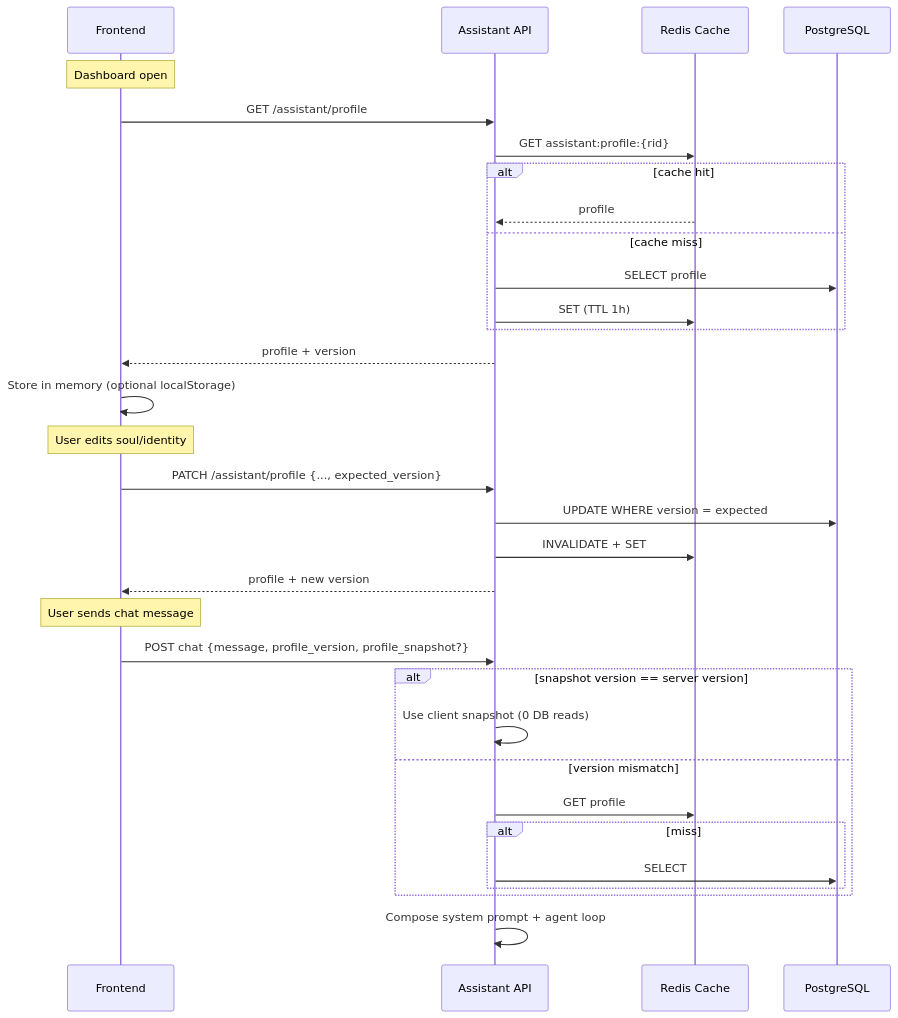
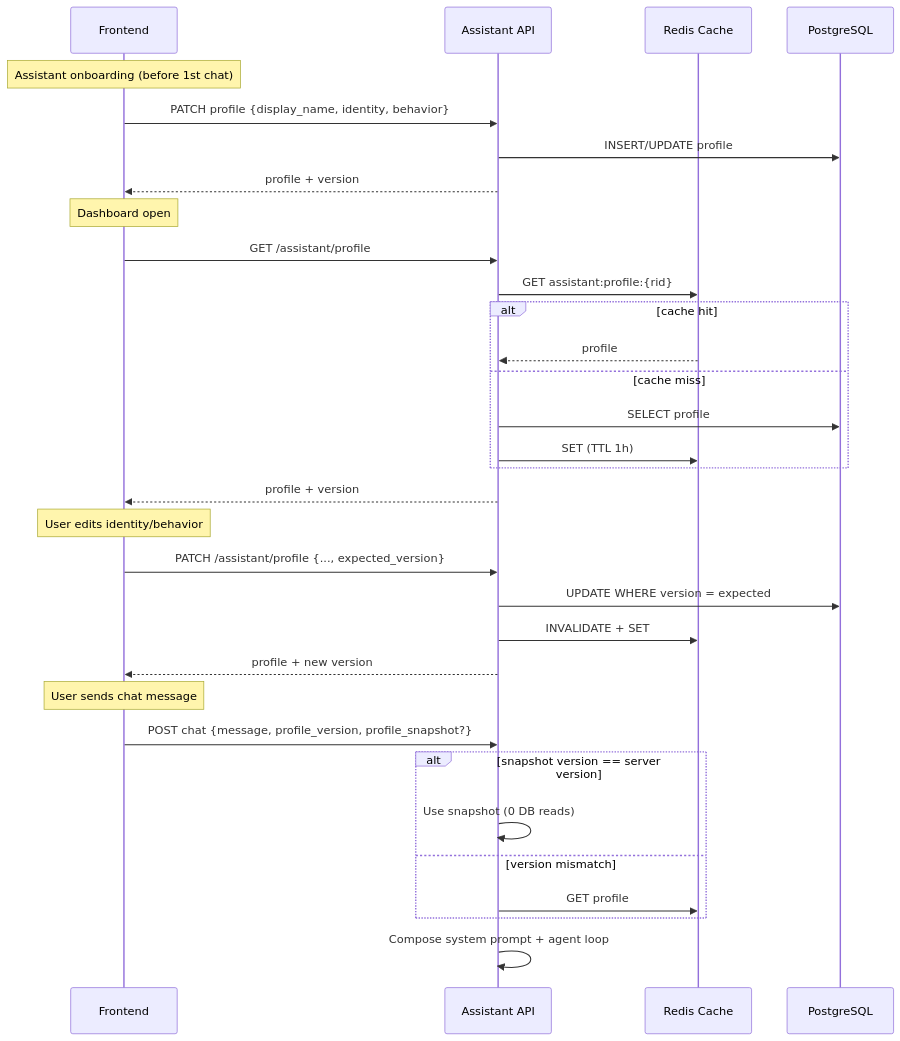
Before and after one commit to coderTtxi12/venddelo-ai: the second of 8 diagrams in docs/superpowers/specs/2026-06-27-agentic-assistant-design.en.md, drawn with Mermaid. The commit also changed other lines of this file, not shown here.

First line of the commit message:
docs: expand agentic assistant architecture design spec

````diff
--- a/docs/superpowers/specs/2026-06-27-agentic-assistant-design.en.md
+++ b/docs/superpowers/specs/2026-06-27-agentic-assistant-design.en.md
@@ -159,37 +179,38 @@
 ```mermaid
 sequenceDiagram
     participant FE as Frontend
     participant API as Assistant API
     participant Redis as Redis Cache
     participant DB as PostgreSQL
+
+    Note over FE: Assistant onboarding (before 1st chat)
+    FE->>API: PATCH profile {display_name, identity, behavior}
+    API->>DB: INSERT/UPDATE profile
+    API-->>FE: profile + version
 
     Note over FE: Dashboard open
     FE->>API: GET /assistant/profile
     API->>Redis: GET assistant:profile:{rid}
     alt cache hit
         Redis-->>API: profile
     else cache miss
         API->>DB: SELECT profile
         API->>Redis: SET (TTL 1h)
     end
     API-->>FE: profile + version
-    FE->>FE: Store in memory (optional localStorage)
 
-    Note over FE: User edits soul/identity
+    Note over FE: User edits identity/behavior
     FE->>API: PATCH /assistant/profile {..., expected_version}
     API->>DB: UPDATE WHERE version = expected
     API->>Redis: INVALIDATE + SET
     API-->>FE: profile + new version
 
     Note over FE: User sends chat message
     FE->>API: POST chat {message, profile_version, profile_snapshot?}
     alt snapshot version == server version
-        API->>API: Use client snapshot (0 DB reads)
+        API->>API: Use snapshot (0 DB reads)
     else version mismatch
         API->>Redis: GET profile
-        alt miss
-            API->>DB: SELECT
-        end
     end
     API->>API: Compose system prompt + agent loop
 ```
````
